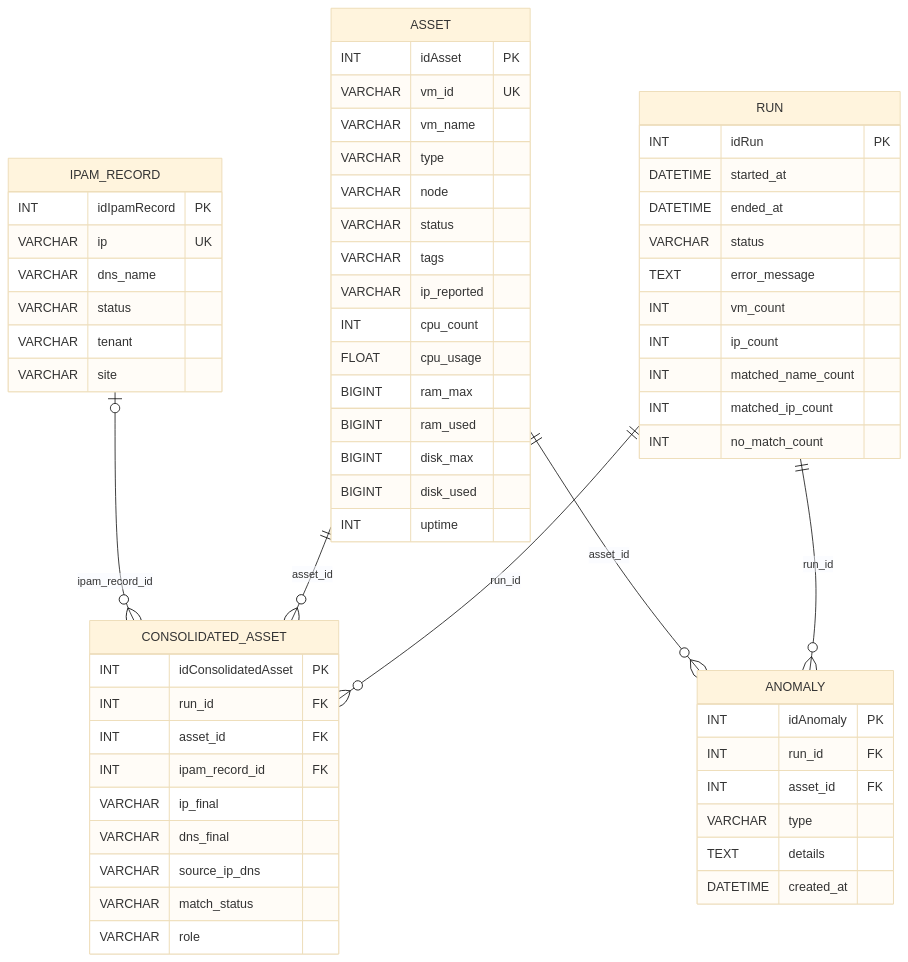
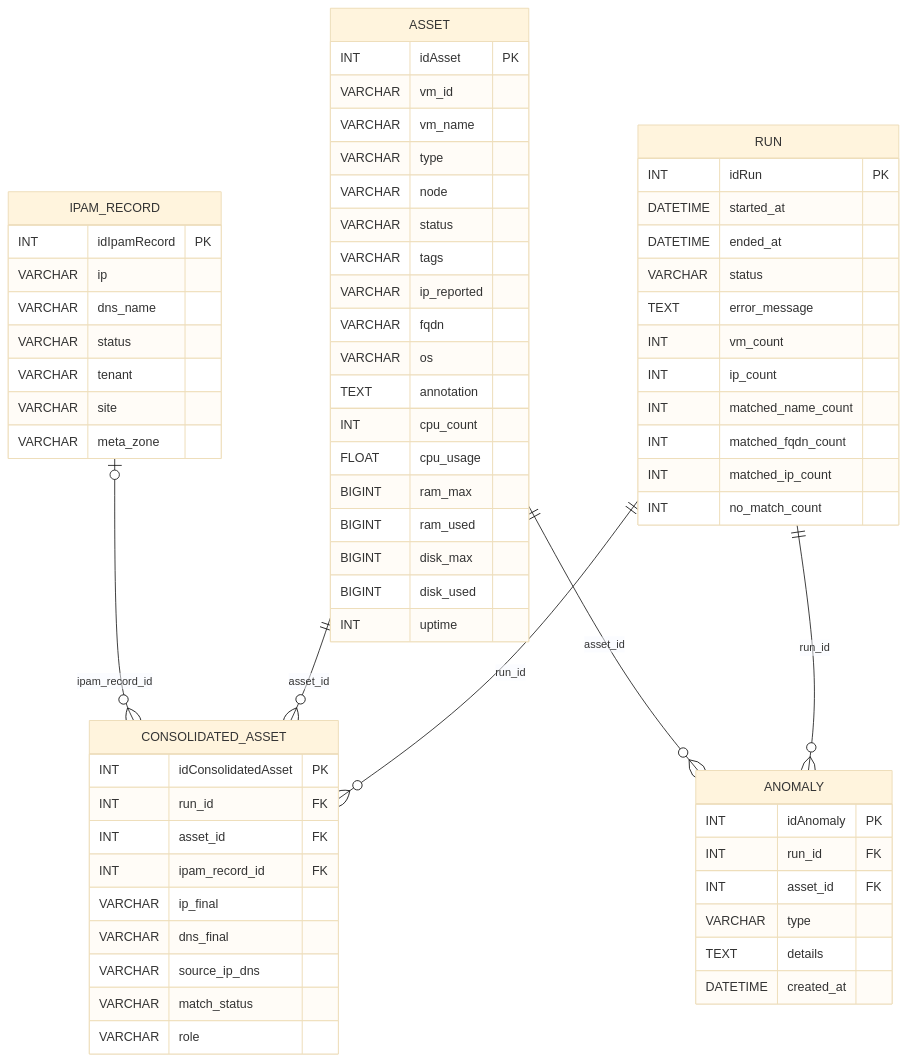
The second of 9 diagrams in Diagrammes_CloudInventory.md (Fr0gzilla/CloudInventory.v2), drawn with Mermaid (base theme) before and after one commit. The commit also changed other lines of this file and 21 other files, not shown here.

````diff
--- a/Diagrammes_CloudInventory.md
+++ b/Diagrammes_CloudInventory.md
@@ -226,69 +239,74 @@
 ```mermaid
 erDiagram
     RUN {
         INT idRun PK
         DATETIME started_at
         DATETIME ended_at
         VARCHAR status
         TEXT error_message
         INT vm_count
         INT ip_count
         INT matched_name_count
+        INT matched_fqdn_count
         INT matched_ip_count
         INT no_match_count
     }
 
     ASSET {
         INT idAsset PK
-        VARCHAR vm_id UK
+        VARCHAR vm_id
         VARCHAR vm_name
         VARCHAR type
         VARCHAR node
         VARCHAR status
         VARCHAR tags
         VARCHAR ip_reported
+        VARCHAR fqdn
+        VARCHAR os
+        TEXT annotation
         INT cpu_count
         FLOAT cpu_usage
         BIGINT ram_max
         BIGINT ram_used
         BIGINT disk_max
         BIGINT disk_used
         INT uptime
     }
 
     IPAM_RECORD {
         INT idIpamRecord PK
-        VARCHAR ip UK
+        VARCHAR ip
         VARCHAR dns_name
         VARCHAR status
         VARCHAR tenant
         VARCHAR site
+        VARCHAR meta_zone
     }
 
     CONSOLIDATED_ASSET {
         INT idConsolidatedAsset PK
         INT run_id FK
         INT asset_id FK
         INT ipam_record_id FK
         VARCHAR ip_final
         VARCHAR dns_final
         VARCHAR source_ip_dns
         VARCHAR match_status
         VARCHAR role
     }
 
     ANOMALY {
         INT idAnomaly PK
         INT run_id FK
         INT asset_id FK
         VARCHAR type
         TEXT details
         DATETIME created_at
     }
 
     RUN ||--o{ CONSOLIDATED_ASSET : "run_id"
     RUN ||--o{ ANOMALY : "run_id"
     ASSET ||--o{ CONSOLIDATED_ASSET : "asset_id"
     ASSET ||--o{ ANOMALY : "asset_id"
     IPAM_RECORD |o--o{ CONSOLIDATED_ASSET : "ipam_record_id"
 ```
````
